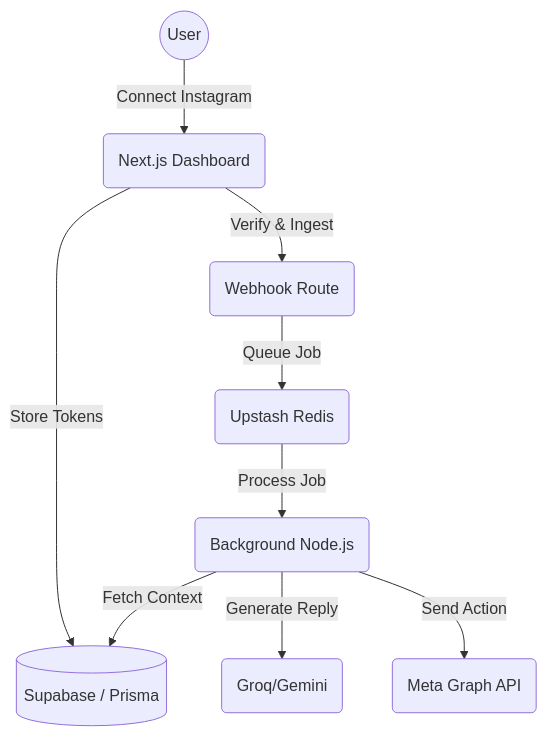
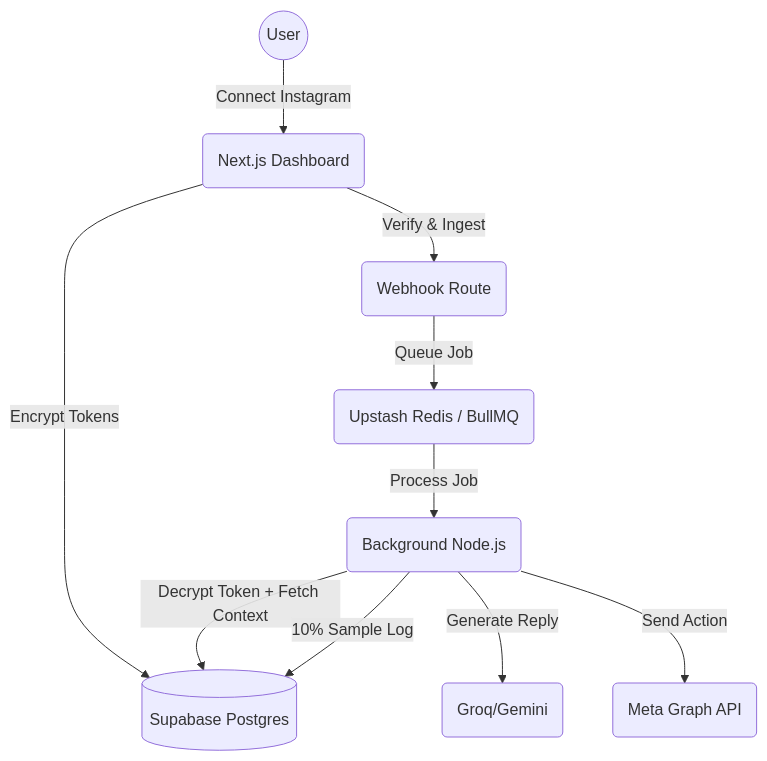
Before and after one commit to YumiNoona/Ventry: the diagram in README.md, drawn with Mermaid. The commit also changed other lines of this file and 23 other files, not shown here.

````diff
--- a/README.md
+++ b/README.md
@@ -48,11 +45,12 @@
 ```mermaid
 graph TD
     User((User)) -->|Connect Instagram| Web(Next.js Dashboard)
-    Web -->|Store Tokens| DB[(Supabase / Prisma)]
+    Web -->|Encrypt Tokens| DB[(Supabase Postgres)]
     Web -->|Verify & Ingest| Webhook(Webhook Route)
-    Webhook -->|Queue Job| Redis(Upstash Redis)
+    Webhook -->|Queue Job| Redis(Upstash Redis / BullMQ)
     Redis -->|Process Job| Worker(Background Node.js)
-    Worker -->|Fetch Context| DB
+    Worker -->|Decrypt Token + Fetch Context| DB
     Worker -->|Generate Reply| AI(Groq/Gemini)
     Worker -->|Send Action| Meta(Meta Graph API)
+    Worker -->|10% Sample Log| DB
 ```
````
